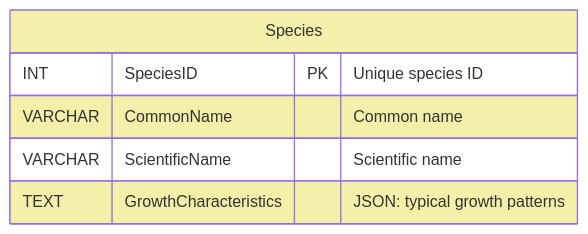
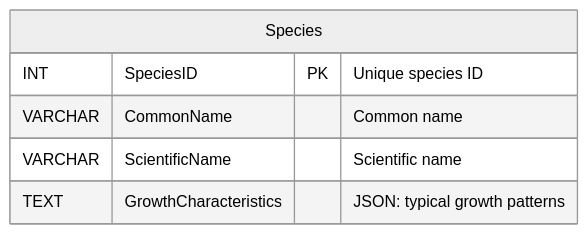
Before and after one commit to XRFutureForests/digital-twin-db: the third of 8 diagrams in docs/architecture/database.md, drawn with Mermaid. The commit also changed other lines of this file and 3 other files, not shown here.

````diff
--- a/docs/architecture/database.md
+++ b/docs/architecture/database.md
@@ -117,12 +123,12 @@
 ```mermaid
+%%{init: {
+  "theme": "neutral"
+}}%%
 erDiagram
     Species {
         INT SpeciesID PK "Unique species ID"
         VARCHAR CommonName "Common name"
         VARCHAR ScientificName "Scientific name"
         TEXT GrowthCharacteristics "JSON: typical growth patterns"
     }
-
-    classDef table fill:#F4EFA9
-    class Species table
 ```
````
